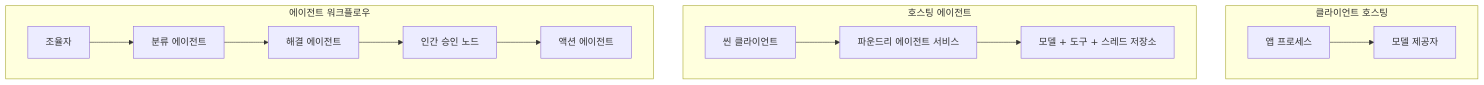
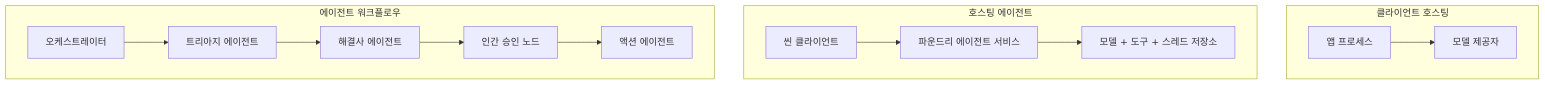
One commit to microsoft/ai-agents-for-beginners changed the first of 4 diagrams in translations/ko/16-deploying-scalable-agents/README.md. Above: the diagram before and after it, drawn with Mermaid. The commit also changed other lines of this file and 46 other files, not shown here.

````diff
--- a/translations/ko/16-deploying-scalable-agents/README.md
+++ b/translations/ko/16-deploying-scalable-agents/README.md
@@ -87,16 +87,16 @@
 ```mermaid
 flowchart TB
     subgraph P1[클라이언트 호스팅]
         A1[앱 프로세스] --> M1[모델 제공자]
     end
     subgraph P2[호스팅 에이전트]
         A2[씬 클라이언트] --> F2[파운드리 에이전트 서비스]
         F2 --> M2[모델 + 도구 + 스레드 저장소]
     end
     subgraph P3[에이전트 워크플로우]
-        A3[조율자] --> S1[분류 에이전트]
-        S1 --> S2[해결 에이전트]
+        A3[오케스트레이터] --> S1[트리아지 에이전트]
+        S1 --> S2[해결사 에이전트]
         S2 --> H[인간 승인 노드]
         H --> S3[액션 에이전트]
     end
 ```
````
